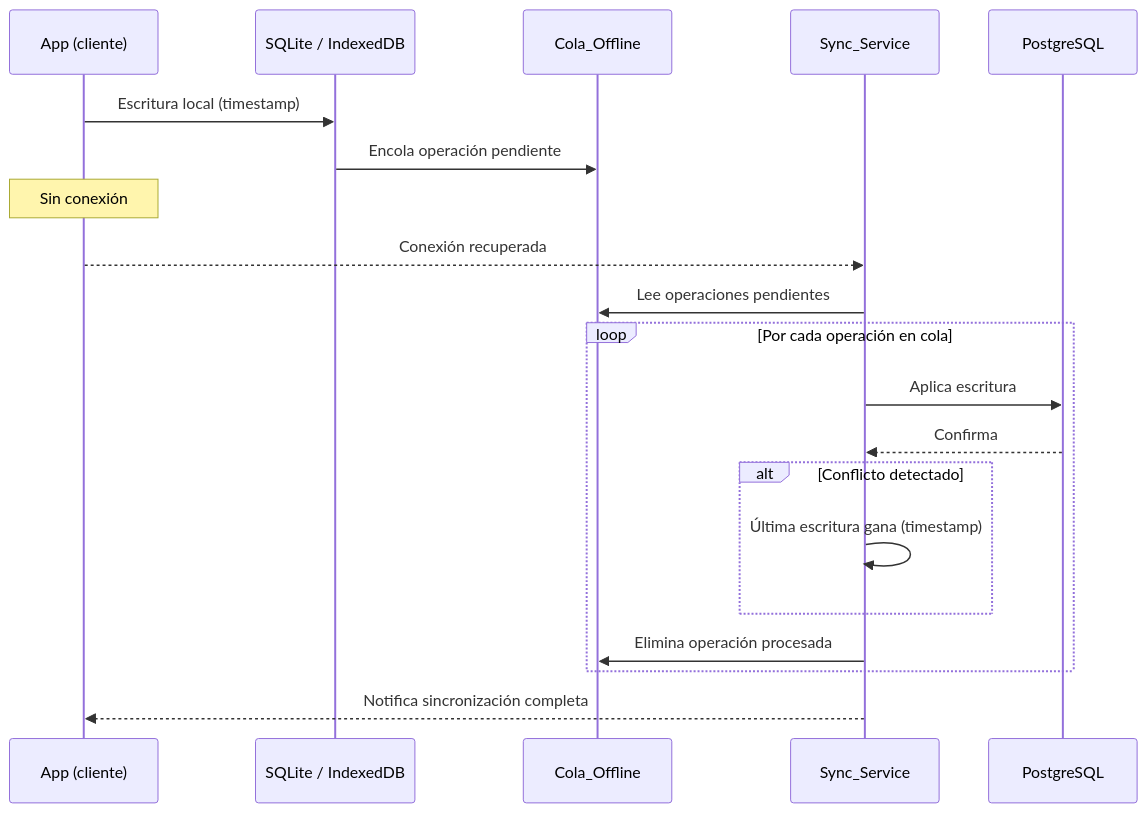
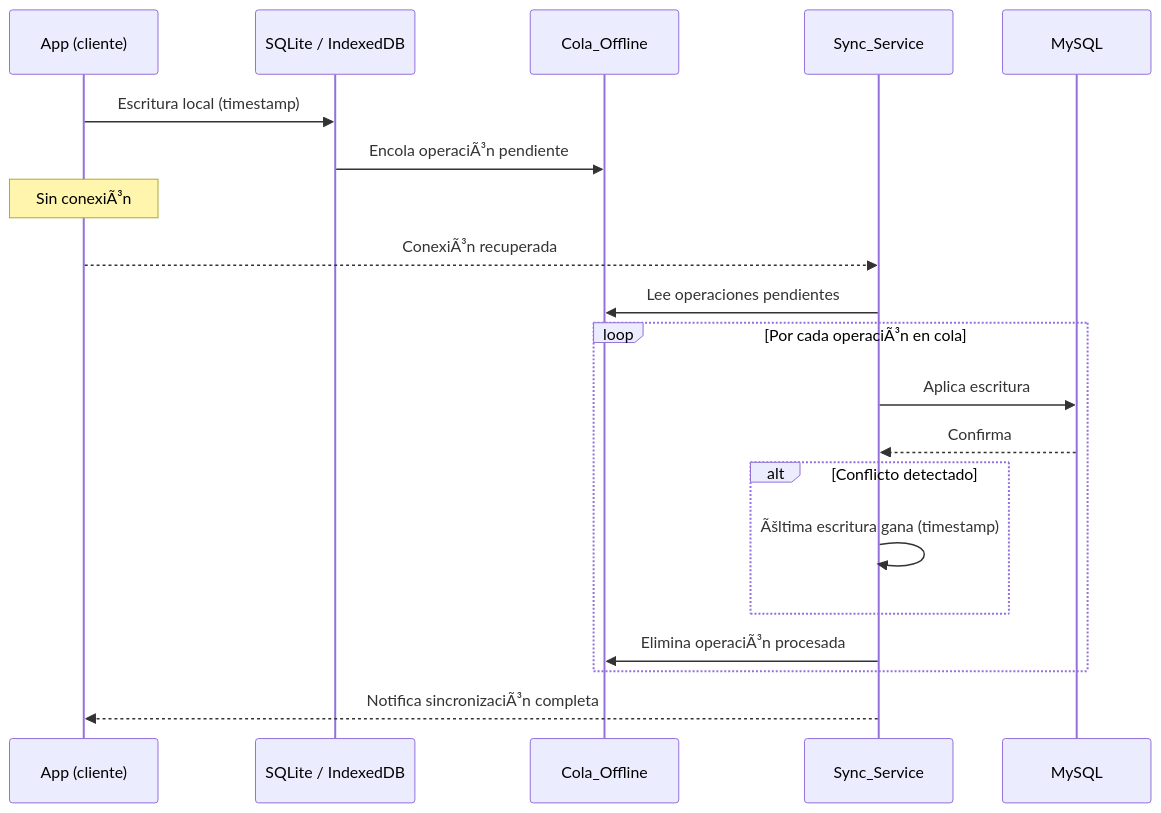
One commit to JaredBautist/GYM-BIT changed the second of 4 diagrams in .kiro/specs/gymbit-app/design.md. Above: the diagram before and after it, drawn with Mermaid. The commit also changed other lines of this file and 23 other files, not shown here.

````diff
--- a/.kiro/specs/gymbit-app/design.md
+++ b/.kiro/specs/gymbit-app/design.md
@@ -130,24 +130,24 @@
 ```mermaid
 sequenceDiagram
     participant App as App (cliente)
     participant Local as SQLite / IndexedDB
     participant Queue as Cola_Offline
     participant Sync as Sync_Service
-    participant DB as PostgreSQL
+    participant DB as MySQL
 
     App->>Local: Escritura local (timestamp)
-    Local->>Queue: Encola operación pendiente
-    Note over App: Sin conexión
+    Local->>Queue: Encola operaciÃ³n pendiente
+    Note over App: Sin conexiÃ³n
 
-    App-->>Sync: Conexión recuperada
+    App-->>Sync: ConexiÃ³n recuperada
     Sync->>Queue: Lee operaciones pendientes
-    loop Por cada operación en cola
+    loop Por cada operaciÃ³n en cola
         Sync->>DB: Aplica escritura
         DB-->>Sync: Confirma
         alt Conflicto detectado
-            Sync->>Sync: Última escritura gana (timestamp)
+            Sync->>Sync: Ãšltima escritura gana (timestamp)
         end
-        Sync->>Queue: Elimina operación procesada
+        Sync->>Queue: Elimina operaciÃ³n procesada
     end
-    Sync-->>App: Notifica sincronización completa
+    Sync-->>App: Notifica sincronizaciÃ³n completa
 ```
````
